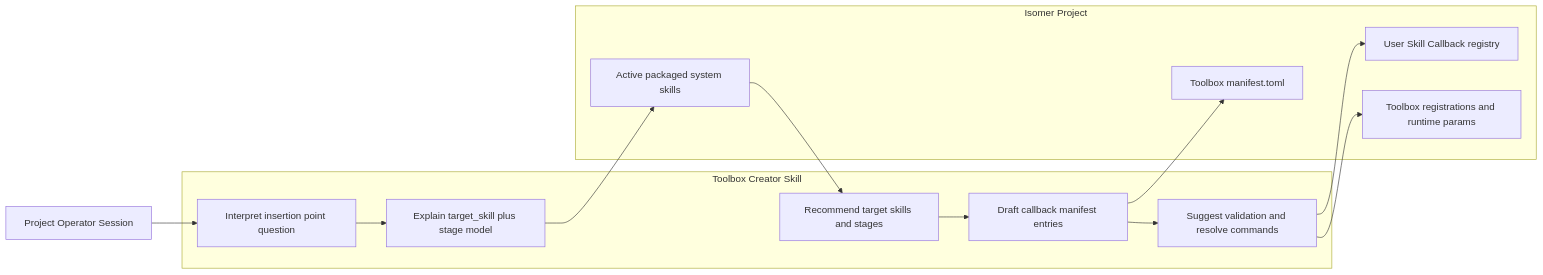
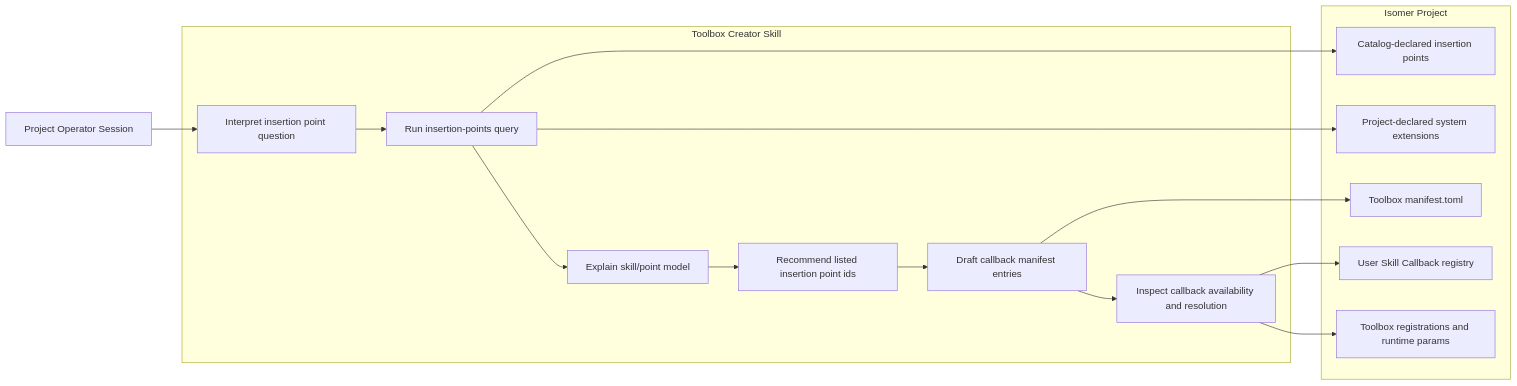
Before and after one commit to CodeGandee/isomer-labs: the first of 2 diagrams in context/features/2026-07-08-toolbox-creator-skill/usecases/uc-01-identify-toolbox-callback-insertion-points.md, drawn with Mermaid. The commit also changed other lines of this file and 24 other files, not shown here.

Commit message:
feat: unify toolbox install flow

````diff
--- a/context/features/2026-07-08-toolbox-creator-skill/usecases/uc-01-identify-toolbox-callback-insertion-points.md
+++ b/context/features/2026-07-08-toolbox-creator-skill/usecases/uc-01-identify-toolbox-callback-insertion-points.md
@@ -113,29 +116,33 @@
 ```mermaid
 flowchart LR
   User[Project Operator Session]
 
   subgraph Skill[Toolbox Creator Skill]
     Interpret[Interpret insertion point question]
-    Model[Explain target_skill plus stage model]
-    Recommend[Recommend target skills and stages]
+    Query[Run insertion-points query]
+    Model[Explain skill/point model]
+    Recommend[Recommend listed insertion point ids]
     Draft[Draft callback manifest entries]
-    Inspect[Suggest validation and resolve commands]
+    Inspect[Inspect callback availability and resolution]
   end
 
   subgraph Project[Isomer Project]
-    SystemSkills[Active packaged system skills]
+    InsertionCatalog[Catalog-declared insertion points]
+    ProjectExtensions[Project-declared system extensions]
     ToolboxManifest[Toolbox manifest.toml]
     CallbackRegistry[User Skill Callback registry]
     ToolboxConfig[Toolbox registrations and runtime params]
   end
 
   User --> Interpret
-  Interpret --> Model
-  Model --> SystemSkills
-  SystemSkills --> Recommend
+  Interpret --> Query
+  Query --> InsertionCatalog
+  Query --> ProjectExtensions
+  Query --> Model
+  Model --> Recommend
   Recommend --> Draft
   Draft --> ToolboxManifest
   Draft --> Inspect
   Inspect --> CallbackRegistry
   Inspect --> ToolboxConfig
 ```
````
